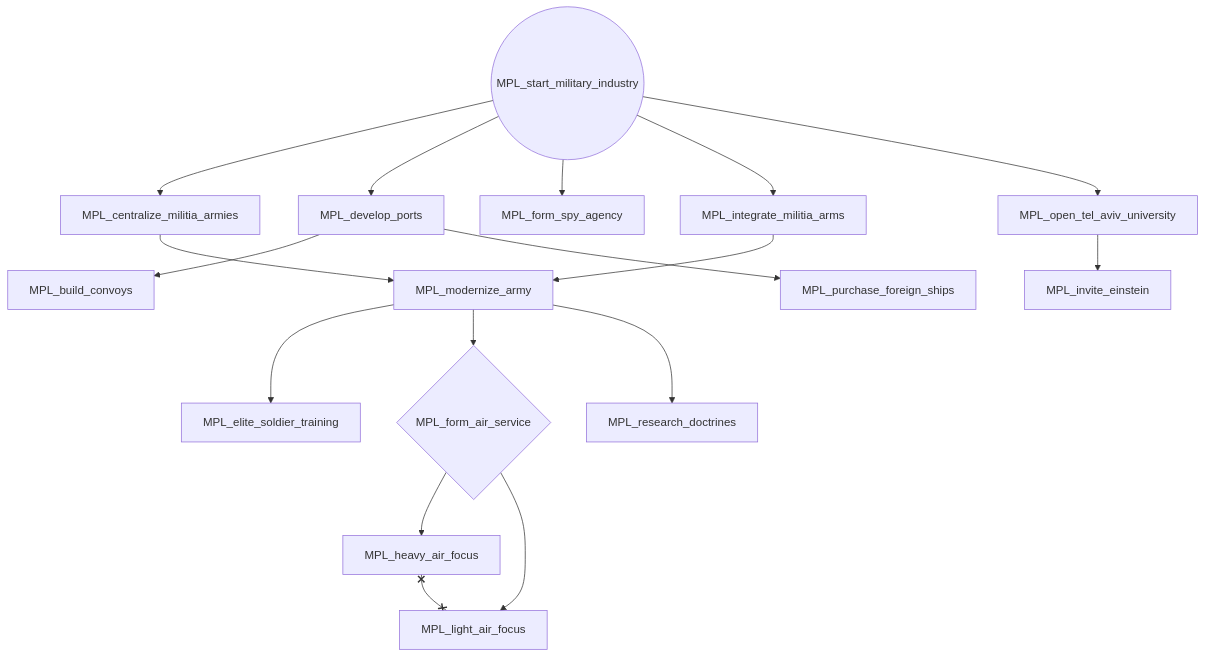
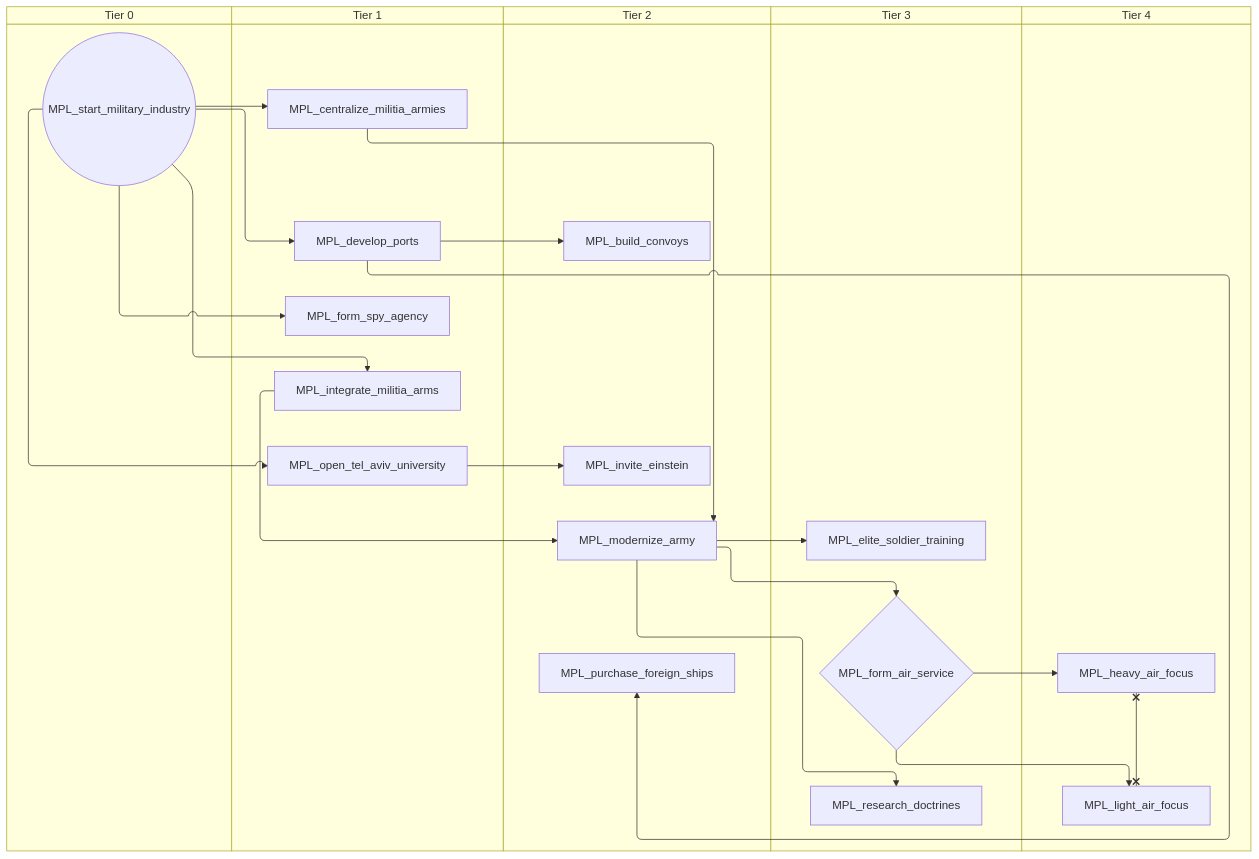
Before and after one commit to evgeny-sobol/hoi4-sandbox-mode-r56: the second of 2 diagrams in docs/gdd/National Focuses/mandate_of_palestine.md, drawn with Mermaid. The commit also changed other lines of this file and 423 other files, not shown here.

First line of the commit message:
Re-export Rt56 focus trees as swimlane diagrams

````diff
--- a/docs/gdd/National Focuses/mandate_of_palestine.md
+++ b/docs/gdd/National Focuses/mandate_of_palestine.md
@@ -201,34 +245,44 @@
 ```mermaid
-flowchart TD
-    n79["MPL_build_convoys"]
-    n80["MPL_centralize_militia_armies"]
-    n81["MPL_develop_ports"]
-    n82["MPL_elite_soldier_training"]
-    n83{"MPL_form_air_service"}
-    n84["MPL_form_spy_agency"]
-    n85["MPL_heavy_air_focus"]
-    n86["MPL_integrate_militia_arms"]
-    n87["MPL_invite_einstein"]
-    n88["MPL_light_air_focus"]
-    n89["MPL_modernize_army"]
-    n90["MPL_open_tel_aviv_university"]
-    n91["MPL_purchase_foreign_ships"]
-    n92["MPL_research_doctrines"]
-    n93(("MPL_start_military_industry"))
-    n81 --> n79
-    n93 --> n80
-    n93 --> n81
-    n89 --> n82
-    n89 --> n83
-    n93 --> n84
-    n83 --> n85
-    n93 --> n86
-    n90 --> n87
-    n83 --> n88
-    n86 --> n89
-    n80 --> n89
-    n93 --> n90
-    n81 --> n91
-    n89 --> n92
-    n85 x--x n88
+swimlane-beta TD
+    subgraph tier_0["Tier 0"]
+        n79(("MPL_start_military_industry"))
+    end
+    subgraph tier_1["Tier 1"]
+        n80["MPL_centralize_militia_armies"]
+        n81["MPL_develop_ports"]
+        n82["MPL_form_spy_agency"]
+        n83["MPL_integrate_militia_arms"]
+        n84["MPL_open_tel_aviv_university"]
+    end
+    subgraph tier_2["Tier 2"]
+        n85["MPL_build_convoys"]
+        n86["MPL_invite_einstein"]
+        n87["MPL_modernize_army"]
+        n88["MPL_purchase_foreign_ships"]
+    end
+    subgraph tier_3["Tier 3"]
+        n89["MPL_elite_soldier_training"]
+        n90{"MPL_form_air_service"}
+        n91["MPL_research_doctrines"]
+    end
+    subgraph tier_4["Tier 4"]
+        n92["MPL_heavy_air_focus"]
+        n93["MPL_light_air_focus"]
+    end
+    n81 --> n85
+    n79 --> n80
+    n79 --> n81
+    n87 --> n89
+    n87 --> n90
+    n79 --> n82
+    n90 --> n92
+    n79 --> n83
+    n84 --> n86
+    n90 --> n93
+    n83 --> n87
+    n80 --> n87
+    n79 --> n84
+    n81 --> n88
+    n87 --> n91
+    n92 x--x n93
 ```
````
